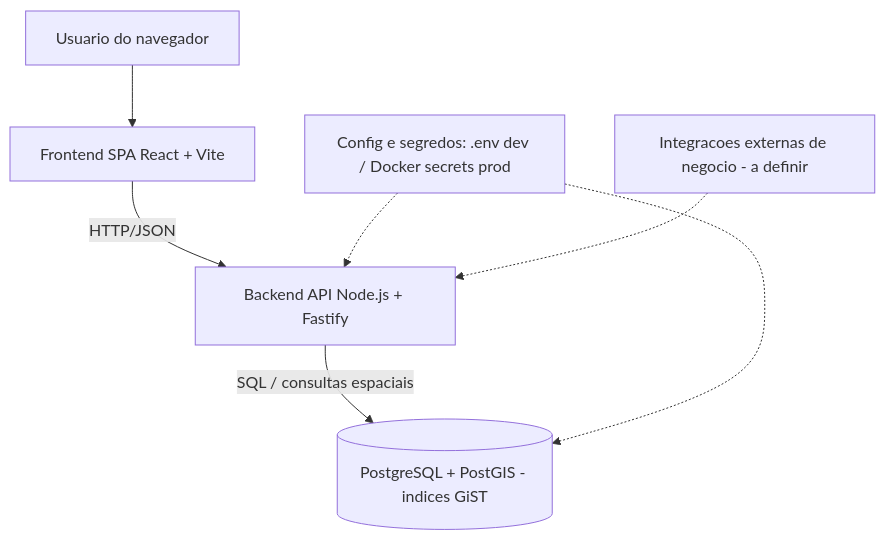
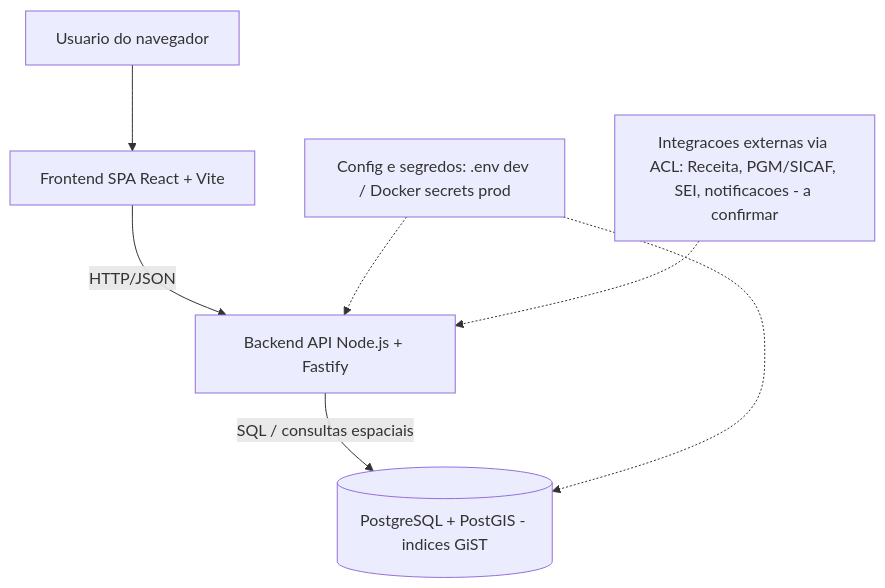
The first of 3 diagrams in docs/system-design.md (hydrosdesenvolvimento/compraMais), drawn with Mermaid before and after one commit. The commit also changed other lines of this file and 4 other files, not shown here.

````diff
--- a/docs/system-design.md
+++ b/docs/system-design.md
@@ -188,9 +204,9 @@
 ```mermaid
 flowchart TD
   U[Usuario do navegador] --> F[Frontend SPA React + Vite]
   F -->|HTTP/JSON| B[Backend API Node.js + Fastify]
   B -->|SQL / consultas espaciais| DB[(PostgreSQL + PostGIS - indices GiST)]
   CFG[Config e segredos: .env dev / Docker secrets prod] -.-> B
   CFG -.-> DB
-  EXT[Integracoes externas de negocio - a definir] -.-> B
+  EXT[Integracoes externas via ACL: Receita, PGM/SICAF, SEI, notificacoes - a confirmar] -.-> B
 ```
````
